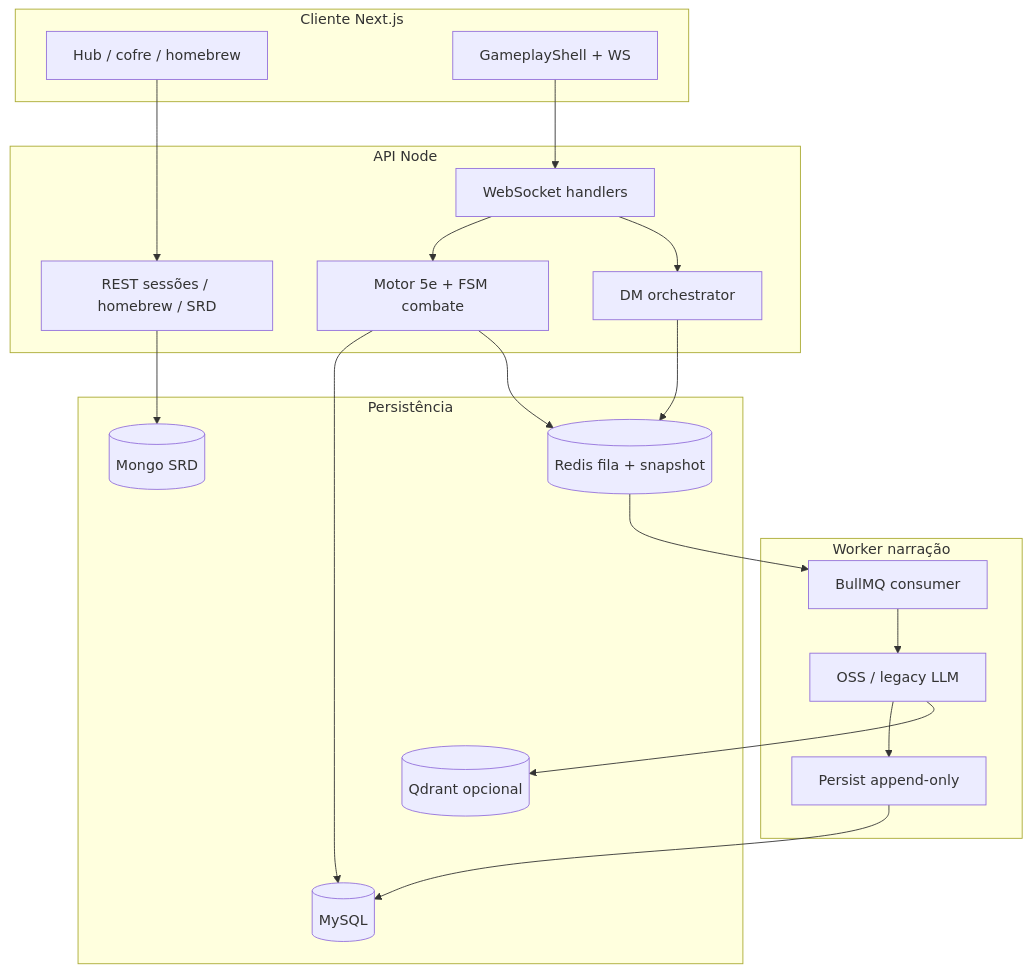
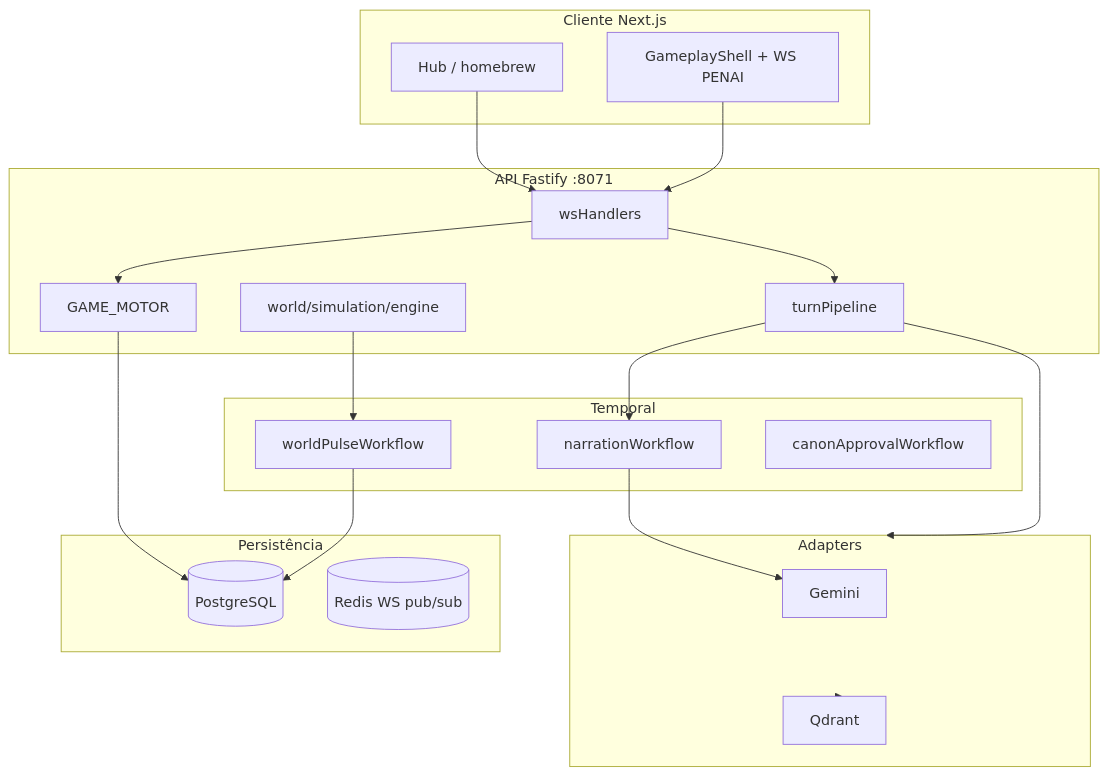
One commit to edsoncantuaria/dndai changed the diagram in docs/VALIDACAO_SENIOR.md. Above: the diagram before and after it, drawn with Mermaid. The commit also changed other lines of this file and 224 other files, not shown here.

First line of the commit message:
feat(penai): bundle SRD PT-BR Foundry, BYOK Gemini e campanha P7.

````diff
--- a/docs/VALIDACAO_SENIOR.md
+++ b/docs/VALIDACAO_SENIOR.md
@@ -84,41 +131,42 @@
 ```mermaid
 flowchart TB
     subgraph Cliente["Cliente Next.js"]
-        Hub[Hub / cofre / homebrew]
-        Mesa[GameplayShell + WS]
+        Hub[Hub / homebrew]
+        Mesa[GameplayShell + WS PENAI]
     end
 
-    subgraph API["API Node"]
-        WS[WebSocket handlers]
-        REST[REST sessões / homebrew / SRD]
-        Motor[Motor 5e + FSM combate]
-        DM[DM orchestrator]
+    subgraph PENAI["API Fastify :8071"]
+        WS[wsHandlers]
+        Motor[GAME_MOTOR]
+        Engine[turnPipeline]
+        Sim[world/simulation/engine]
     end
 
-    subgraph Async["Worker narração"]
-        Bull[BullMQ consumer]
-        IA[OSS / legacy LLM]
-        Persist[Persist append-only]
+    subgraph Async["Temporal"]
+        Narration[narrationWorkflow]
+        Pulse[worldPulseWorkflow]
+        Canon[canonApprovalWorkflow]
+    end
+
+    subgraph Adapters["Adapters"]
+        Gemini[Gemini]
+        Qdrant[Qdrant]
     end
 
     subgraph Dados["Persistência"]
-        MySQL[(MySQL)]
-        Redis[(Redis fila + snapshot)]
-        Qdrant[(Qdrant opcional)]
-        SRD[(Mongo SRD)]
+        Postgres[(PostgreSQL)]
+        Redis[(Redis WS pub/sub)]
     end
 
-  Hub --> REST
-  Mesa --> WS
-  WS --> Motor
-  WS --> DM
-  Motor --> MySQL
-  DM --> Redis
-  Redis --> Bull
-  Bull --> IA
-  IA --> Persist
-  Persist --> MySQL
-  IA --> Qdrant
-  REST --> SRD
-  Motor --> Redis
+    Hub --> WS
+    Mesa --> WS
+    WS --> Motor
+    Motor --> Postgres
+    WS --> Engine
+    Engine --> Adapters
+    Engine --> Narration
+    Sim --> Pulse
+    Pulse --> Postgres
+    Narration --> Gemini
+    Adapters --> Qdrant
 ```
````
